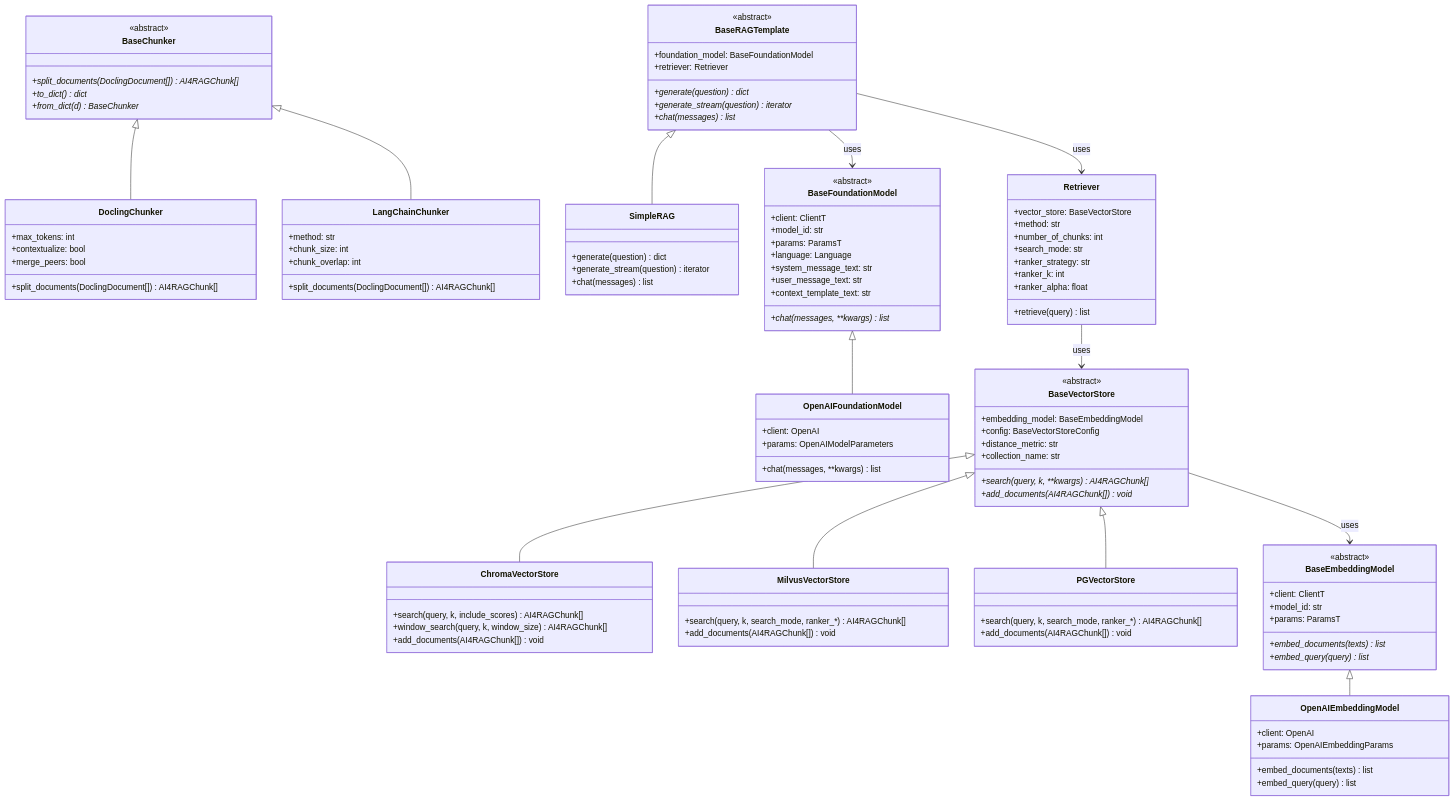
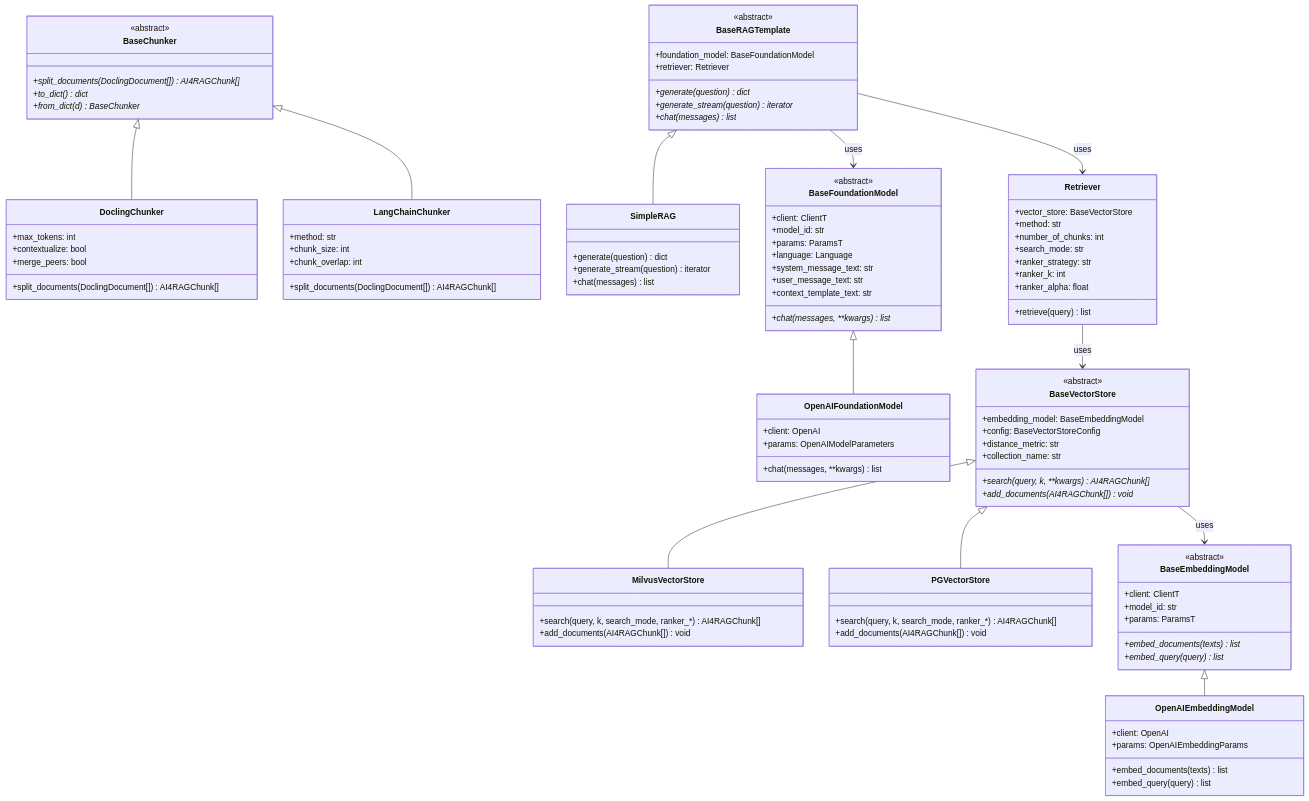
The diagram in docs/architecture/rag-components.md (IBM/ai4rag), drawn with Mermaid before and after one commit. The commit also changed other lines of this file and 54 other files, not shown here.

```diff
--- a/docs/architecture/rag-components.md
+++ b/docs/architecture/rag-components.md
@@ -50,12 +50,6 @@
         +collection_name: str
         +search(query, k, **kwargs)* AI4RAGChunk[]
         +add_documents(AI4RAGChunk[])* void
-    }
-
-    class ChromaVectorStore {
-        +search(query, k, include_scores) AI4RAGChunk[]
-        +window_search(query, k, window_size) AI4RAGChunk[]
-        +add_documents(AI4RAGChunk[]) void
     }
 
     class MilvusVectorStore {
@@ -117,7 +111,6 @@
 
     BaseFoundationModel <|-- OpenAIFoundationModel
     BaseEmbeddingModel <|-- OpenAIEmbeddingModel
-    BaseVectorStore <|-- ChromaVectorStore
     BaseVectorStore <|-- MilvusVectorStore
     BaseVectorStore <|-- PGVectorStore
     BaseChunker <|-- DoclingChunker
```
